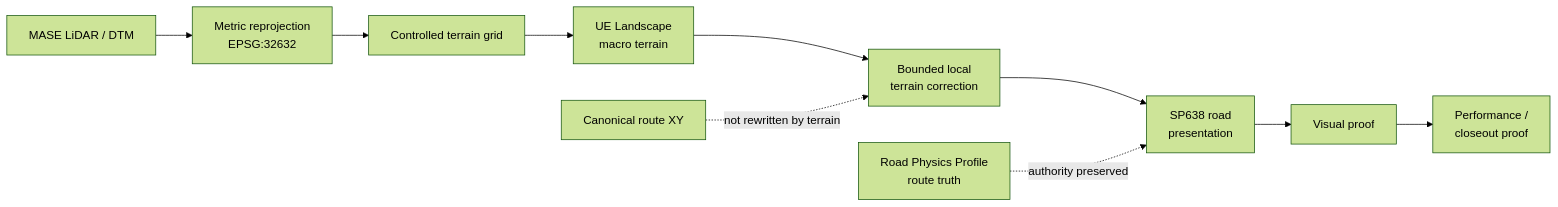
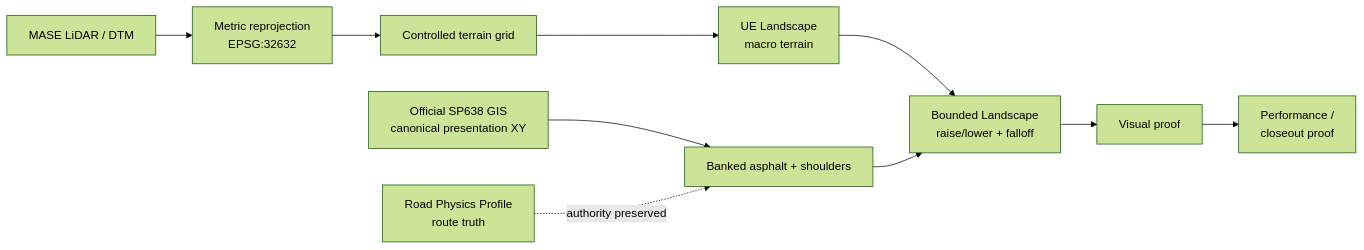
Before and after one commit to karnalooch/YetAnotherCyclingSim: the third of 3 diagrams in docs/README.md, drawn with Mermaid (forest theme). The commit also changed other lines of this file, not shown here.

Commit message:
docs: make road-first SP638 conform the active R4.1 path

````diff
--- a/docs/README.md
+++ b/docs/README.md
@@ -60,13 +60,13 @@
 ```mermaid
 flowchart LR
     SOURCE["MASE LiDAR / DTM"] --> METRIC["Metric reprojection<br/>EPSG:32632"]
     METRIC --> GRID["Controlled terrain grid"]
     GRID --> LAND["UE Landscape<br/>macro terrain"]
-    LAND --> LOCAL["Bounded local<br/>terrain correction"]
-    LOCAL --> ROAD["SP638 road<br/>presentation"]
-    ROAD --> VIS["Visual proof"]
+    ROUTEGEOM["Official SP638 GIS<br/>canonical presentation XY"] --> ROAD["Banked asphalt + shoulders"]
+    LAND --> CONFORM["Bounded Landscape<br/>raise/lower + falloff"]
+    ROAD --> CONFORM
+    CONFORM --> VIS["Visual proof"]
     VIS --> PERF["Performance /<br/>closeout proof"]
 
     PHYS["Road Physics Profile<br/>route truth"] -. "authority preserved" .-> ROAD
-    ROUTEGEOM["Canonical route XY"] -. "not rewritten by terrain" .-> LOCAL
 ```
````
